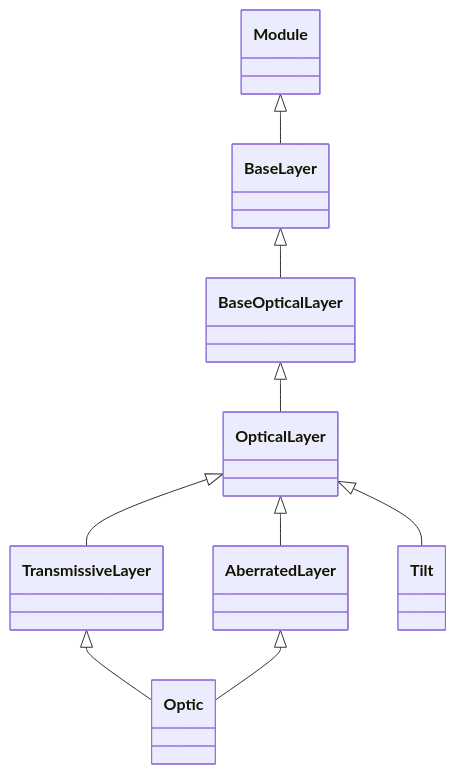
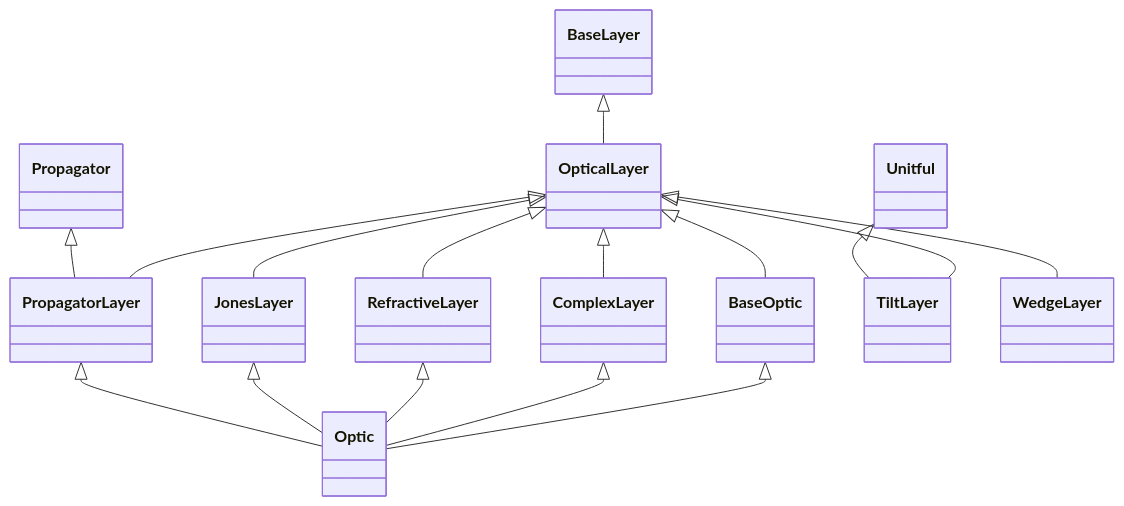
Before and after one commit to LouisDesdoigts/dLux: the third of 5 diagrams in docs/API/layers/overview.md, drawn with Mermaid. The commit also changed other lines of this file and 160 other files, not shown here.

````diff
--- a/docs/API/layers/overview.md
+++ b/docs/API/layers/overview.md
@@ -134,26 +50,40 @@
 ```mermaid
 classDiagram
-    class dLux_layers_optical_BaseLayer["BaseLayer"]
-    class dLux_layers_optical_BaseOpticalLayer["BaseOpticalLayer"]
+    direction TB
     class dLux_layers_optical_OpticalLayer["OpticalLayer"]
-    class dLux_layers_optical_TransmissiveLayer["TransmissiveLayer"]
-    class dLux_layers_optical_AberratedLayer["AberratedLayer"]
+    class dLux_layers_optical_ComplexLayer["ComplexLayer"]
+    class dLux_layers_optical_BaseOptic["BaseOptic"]
+    class dLux_layers_optical_RefractiveLayer["RefractiveLayer"]
+    class dLux_layers_optical_JonesLayer["JonesLayer"]
+    class dLux_layers_optical_PropagatorLayer["PropagatorLayer"]
     class dLux_layers_optical_Optic["Optic"]
-    class dLux_layers_optical_Tilt["Tilt"]
-    class zodiax_module_Module["Module"]
-    zodiax_module_Module <|-- dLux_layers_optical_BaseLayer
-    click dLux_layers_optical_BaseLayer href "../optical/#dLux.layers.optical.BaseLayer" "Methods: apply()"
-    dLux_layers_optical_BaseLayer <|-- dLux_layers_optical_BaseOpticalLayer
-    click dLux_layers_optical_BaseOpticalLayer href "../optical/#dLux.layers.optical.BaseOpticalLayer" "Methods: apply_mono(), apply()"
-    dLux_layers_optical_BaseOpticalLayer <|-- dLux_layers_optical_OpticalLayer
-    click dLux_layers_optical_OpticalLayer href "../optical/#dLux.layers.optical.OpticalLayer" "Methods: context()"
-    dLux_layers_optical_OpticalLayer <|-- dLux_layers_optical_TransmissiveLayer
-    click dLux_layers_optical_TransmissiveLayer href "../optical/#dLux.layers.optical.TransmissiveLayer" "Attributes: transmission, normalise · Methods: apply_mono()"
-    dLux_layers_optical_OpticalLayer <|-- dLux_layers_optical_AberratedLayer
-    click dLux_layers_optical_AberratedLayer href "../optical/#dLux.layers.optical.AberratedLayer" "Attributes: opd, phase · Methods: apply_mono()"
-    dLux_layers_optical_TransmissiveLayer <|-- dLux_layers_optical_Optic
-    dLux_layers_optical_AberratedLayer <|-- dLux_layers_optical_Optic
-    click dLux_layers_optical_Optic href "../optical/#dLux.layers.optical.Optic" "Attributes: transmission, opd, phase, amplitude, jones, thickness, n, propagator, normalise · Methods: phasor(), apply(), apply_mono()"
-    dLux_layers_optical_OpticalLayer <|-- dLux_layers_optical_Tilt
-    click dLux_layers_optical_Tilt href "../optical/#dLux.layers.optical.Tilt" "Attributes: angles, unit · Methods: apply_mono()"
+    class dLux_layers_optical_TiltLayer["TiltLayer"]
+    class dLux_layers_optical_WedgeLayer["WedgeLayer"]
+    class dLux_utils_numerical_units_Unitful["Unitful"]
+    class dLux_utils_propagation_propagators_Propagator["Propagator"]
+    class dLux_utils_sequential_BaseLayer["BaseLayer"]
+    dLux_utils_sequential_BaseLayer <|-- dLux_layers_optical_OpticalLayer
+    click dLux_layers_optical_OpticalLayer href "../optical/#dLux.layers.optical.OpticalLayer" "Methods: apply_mono(), apply(), context(), __init__()"
+    dLux_layers_optical_OpticalLayer <|-- dLux_layers_optical_ComplexLayer
+    click dLux_layers_optical_ComplexLayer href "../optical/#dLux.layers.optical.ComplexLayer" "Attributes: amplitude, phase · Methods: __init__(), modulation(), apply_mono()"
+    dLux_layers_optical_OpticalLayer <|-- dLux_layers_optical_BaseOptic
+    click dLux_layers_optical_BaseOptic href "../optical/#dLux.layers.optical.BaseOptic" "Attributes: transmission, opd, normalise · Methods: __init__(), resolve_local(), modulation(), apply_mono()"
+    dLux_layers_optical_OpticalLayer <|-- dLux_layers_optical_RefractiveLayer
+    click dLux_layers_optical_RefractiveLayer href "../optical/#dLux.layers.optical.RefractiveLayer" "Attributes: thickness, n · Methods: __init__(), modulation(), apply_mono()"
+    dLux_layers_optical_OpticalLayer <|-- dLux_layers_optical_JonesLayer
+    click dLux_layers_optical_JonesLayer href "../optical/#dLux.layers.optical.JonesLayer" "Attributes: jones · Methods: __init__(), apply_mono(), apply_jones()"
+    dLux_layers_optical_OpticalLayer <|-- dLux_layers_optical_PropagatorLayer
+    dLux_utils_propagation_propagators_Propagator <|-- dLux_layers_optical_PropagatorLayer
+    click dLux_layers_optical_PropagatorLayer href "../optical/#dLux.layers.optical.PropagatorLayer" "Attributes: abcd, grid_out, focal_length, defocus, inverse · Methods: __init__(), propagate(), apply(), apply_mono()"
+    dLux_layers_optical_BaseOptic <|-- dLux_layers_optical_Optic
+    dLux_layers_optical_ComplexLayer <|-- dLux_layers_optical_Optic
+    dLux_layers_optical_RefractiveLayer <|-- dLux_layers_optical_Optic
+    dLux_layers_optical_JonesLayer <|-- dLux_layers_optical_Optic
+    dLux_layers_optical_PropagatorLayer <|-- dLux_layers_optical_Optic
+    click dLux_layers_optical_Optic href "../optical/#dLux.layers.optical.Optic" "Attributes: abcd, grid_out, focal_length, defocus, inverse, jones, thickness, n, amplitude, phase, transmission, opd, normalise, grid, transform · Methods: __init__(), context(), modulation(), scalar_phasor(), phasor(), apply_scalar(), apply_local(), apply(), apply_mono()"
+    dLux_layers_optical_OpticalLayer <|-- dLux_layers_optical_TiltLayer
+    dLux_utils_numerical_units_Unitful <|-- dLux_layers_optical_TiltLayer
+    click dLux_layers_optical_TiltLayer href "../optical/#dLux.layers.optical.TiltLayer" "Attributes: angles, unit · Methods: __init__(), apply_mono()"
+    dLux_layers_optical_OpticalLayer <|-- dLux_layers_optical_WedgeLayer
+    click dLux_layers_optical_WedgeLayer href "../optical/#dLux.layers.optical.WedgeLayer" "Attributes: angle, n · Methods: __init__(), apply_mono()"
 ```
````
